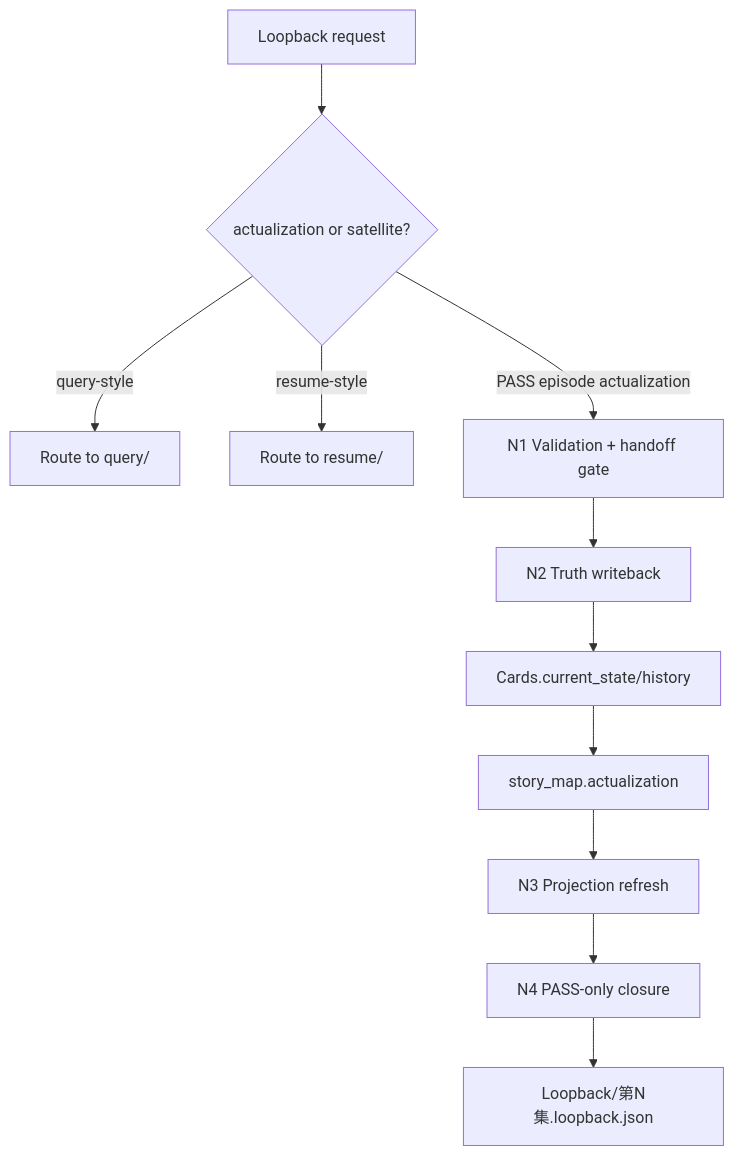
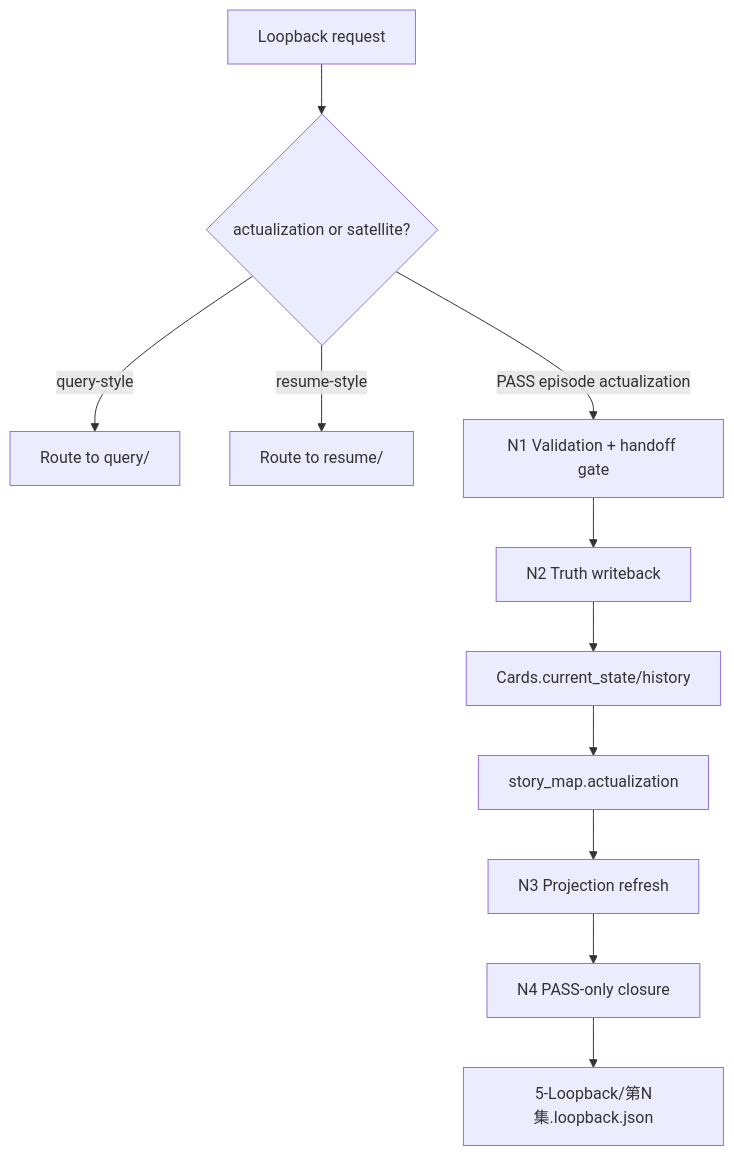
Before and after one commit to ZEN-VOID/AI-CUT: the first of 4 diagrams in .agents/skills/story/5-Loopback/SKILL.md, drawn with Mermaid. The commit also changed other lines of this file and 234 other files, not shown here.

````diff
--- a/.agents/skills/story/5-Loopback/SKILL.md
+++ b/.agents/skills/story/5-Loopback/SKILL.md
@@ -113,13 +113,13 @@
 ```mermaid
 flowchart TD
     A["Loopback request"] --> B{"actualization or satellite?"}
     B -->|"query-style"| Q["Route to query/"]
     B -->|"resume-style"| R["Route to resume/"]
     B -->|"PASS episode actualization"| C["N1 Validation + handoff gate"]
     C --> D["N2 Truth writeback"]
     D --> D1["Cards.current_state/history"]
     D1 --> D2["story_map.actualization"]
     D2 --> E["N3 Projection refresh"]
     E --> F["N4 PASS-only closure"]
-    F --> G["Loopback/第N集.loopback.json"]
+    F --> G["5-Loopback/第N集.loopback.json"]
 ```
````
